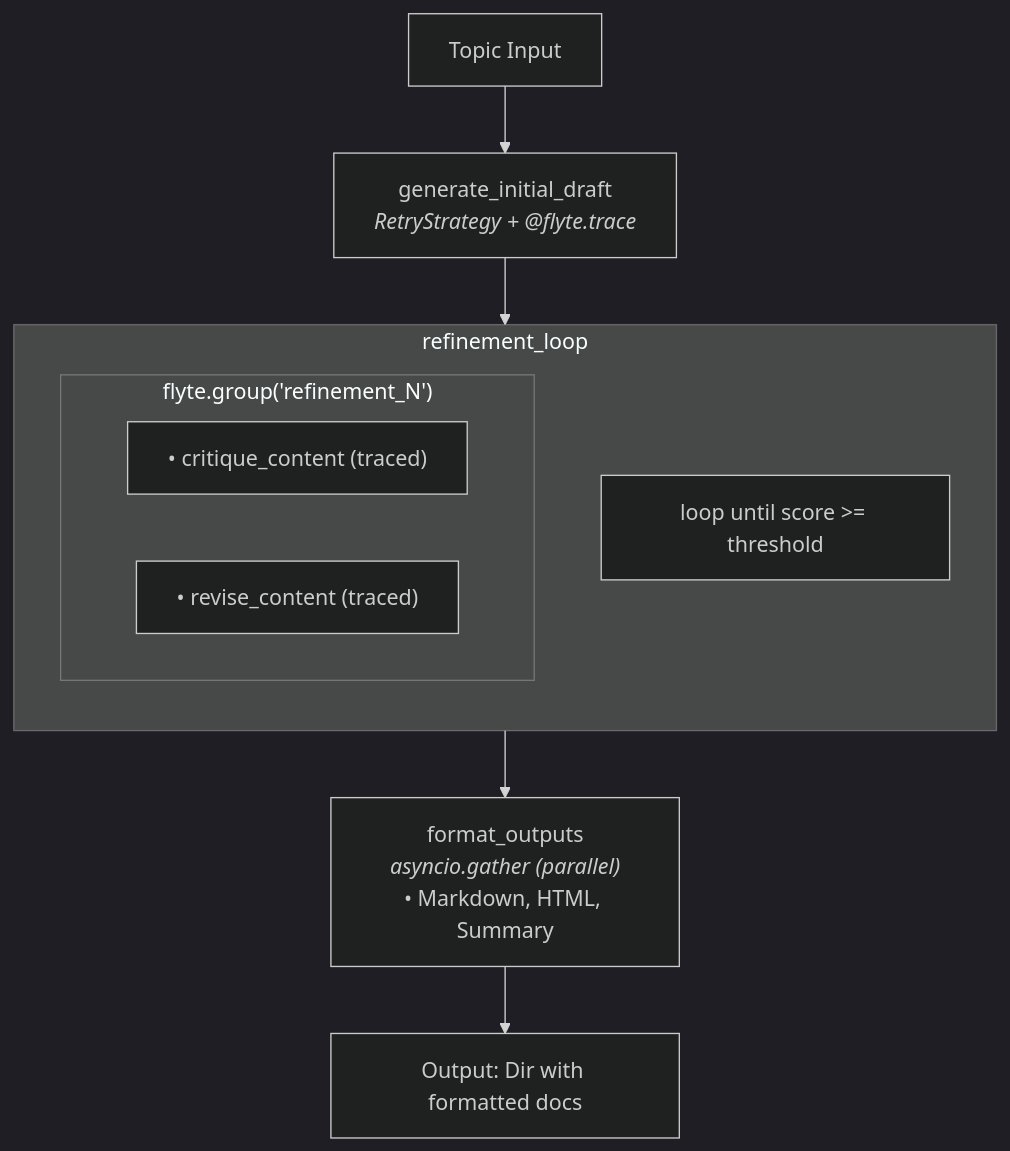
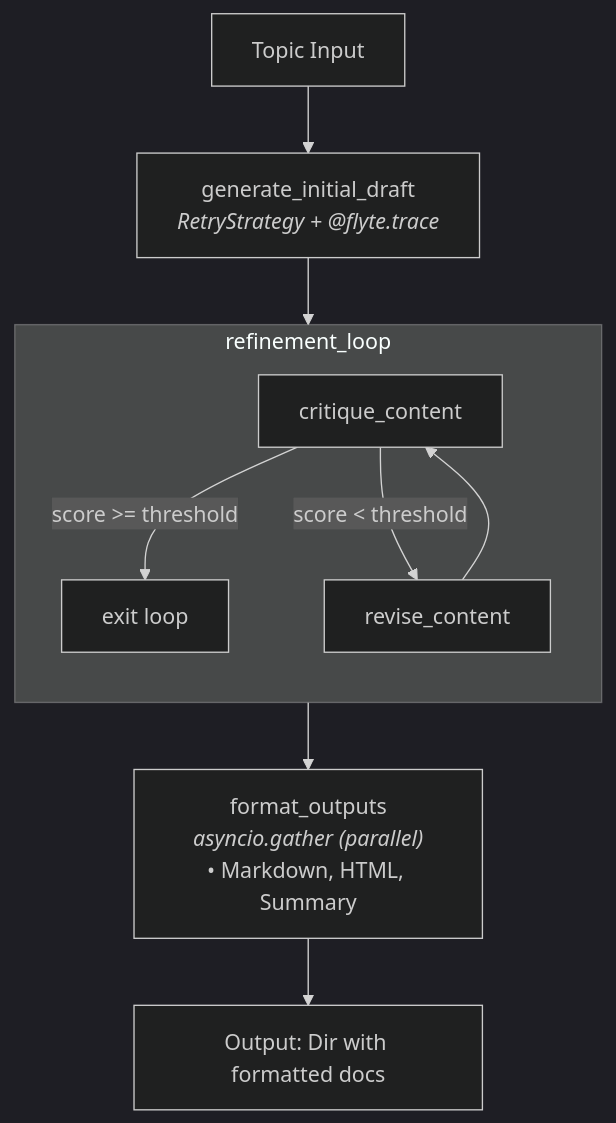
The diagram in content/user-guide/feature-showcase/_index.md (unionai/unionai-docs), drawn with Mermaid (dark theme) before and after one commit.

Commit message:
Show loop flow in refinement_loop subgraph

````diff
--- a/content/user-guide/feature-showcase/_index.md
+++ b/content/user-guide/feature-showcase/_index.md
@@ -34,20 +34,18 @@
 ```mermaid
 flowchart TD
     A[Topic Input] --> B
 
     B["generate_initial_draft<br/><i>RetryStrategy + @flyte.trace</i>"]
     B --> C
 
-    subgraph C [refinement_loop]
+    subgraph C ["refinement_loop"]
         direction TB
-        subgraph D ["flyte.group('refinement_N')"]
-            E["• critique_content (traced)"]
-            F["• revise_content (traced)"]
-        end
-        G["loop until score >= threshold"]
+        D[critique_content] -->|score >= threshold| E[exit loop]
+        D -->|score < threshold| F[revise_content]
+        F --> D
     end
     C --> H
 
     H["format_outputs<br/><i>asyncio.gather (parallel)</i><br/>• Markdown, HTML, Summary"]
     H --> I[Output: Dir with formatted docs]
 ```
````
